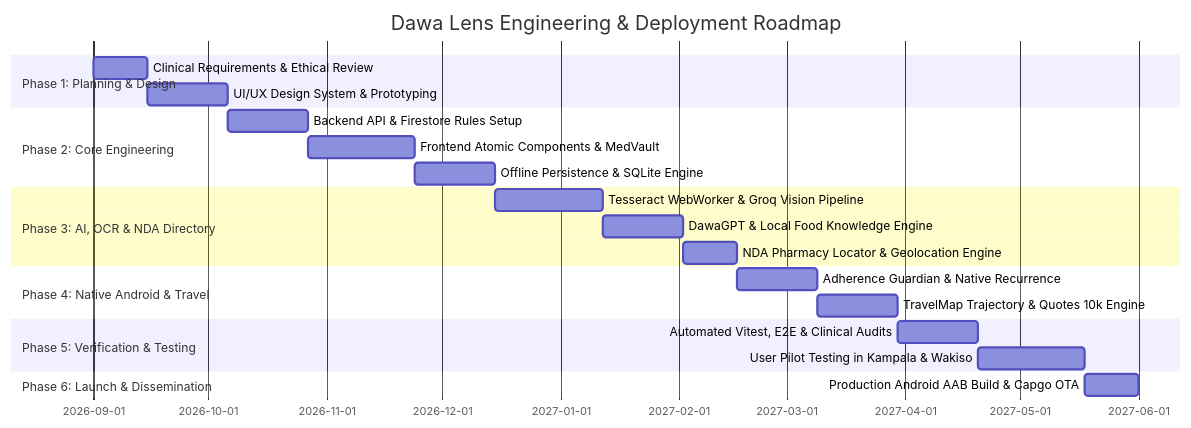
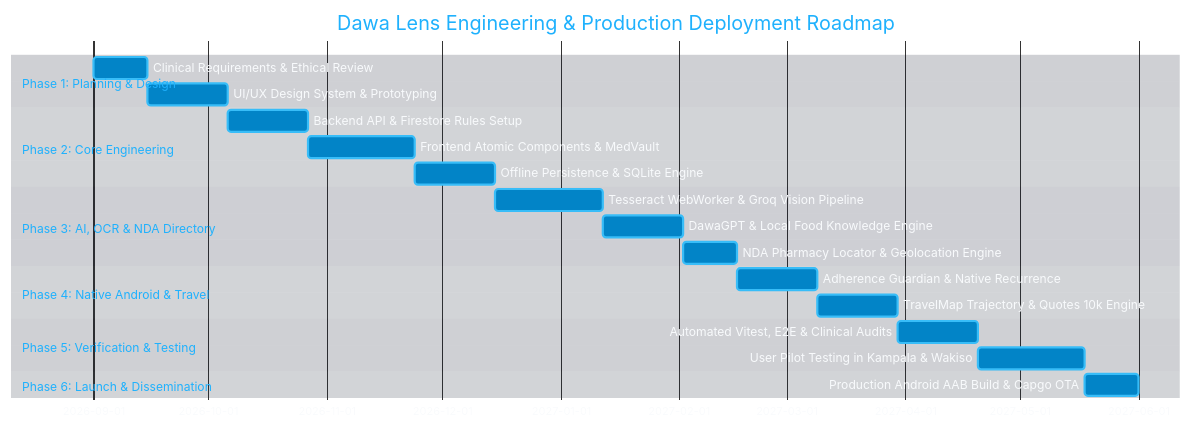
Before and after one commit to EmmahOwens/dawa-lens: the ninth of 10 diagrams in project_proposal.md, drawn with Mermaid. The commit also changed other lines of this file and 40 other files, not shown here.

Commit message:
docs: update system architecture diagram to mermaid and add archify documentation and reports

````diff
--- a/project_proposal.md
+++ b/project_proposal.md
@@ -669,24 +900,47 @@
 ```mermaid
+%%{init: {
+  'theme': 'base',
+  'themeVariables': {
+    'primaryColor': '#0284c7',
+    'primaryTextColor': '#f8fafc',
+    'primaryBorderColor': '#38bdf8',
+    'lineColor': '#38bdf8',
+    'sectionBkgColor': '#0f172a',
+    'altSectionBkgColor': '#1e293b',
+    'sectionBkgColor2': '#0b1329',
+    'taskBorderColor': '#38bdf8',
+    'taskBkgColor': '#0284c7',
+    'taskTextLightColor': '#ffffff',
+    'taskTextColor': '#ffffff',
+    'taskTextDarkColor': '#0f172a',
+    'activeTaskBorderColor': '#10b981',
+    'activeTaskBkgColor': '#059669',
+    'gridColor': '#334155',
+    'todayLineColor': '#f43f5e',
+    'fontFamily': 'Geist, Inter, system-ui, sans-serif',
+    'fontSize': '12px'
+  }
+}}%%
 gantt
-    title Dawa Lens Engineering & Deployment Roadmap
+    title Dawa Lens Engineering & Production Deployment Roadmap
     dateFormat  YYYY-MM-DD
     section Phase 1: Planning & Design
     Clinical Requirements & Ethical Review   :p1_1, 2026-09-01, 14d
     UI/UX Design System & Prototyping        :p1_2, after p1_1, 21d
     section Phase 2: Core Engineering
     Backend API & Firestore Rules Setup      :p2_1, after p1_2, 21d
     Frontend Atomic Components & MedVault    :p2_2, after p2_1, 28d
     Offline Persistence & SQLite Engine      :p2_3, after p2_2, 21d
     section Phase 3: AI, OCR & NDA Directory
     Tesseract WebWorker & Groq Vision Pipeline:p3_1, after p2_3, 28d
     DawaGPT & Local Food Knowledge Engine    :p3_2, after p3_1, 21d
     NDA Pharmacy Locator & Geolocation Engine:p3_3, after p3_2, 14d
     section Phase 4: Native Android & Travel
     Adherence Guardian & Native Recurrence   :p4_1, after p3_3, 21d
     TravelMap Trajectory & Quotes 10k Engine :p4_2, after p4_1, 21d
     section Phase 5: Verification & Testing
     Automated Vitest, E2E & Clinical Audits  :p5_1, after p4_2, 21d
     User Pilot Testing in Kampala & Wakiso   :p5_2, after p5_1, 28d
     section Phase 6: Launch & Dissemination
     Production Android AAB Build & Capgo OTA :p6_1, after p5_2, 14d
 ```
````
